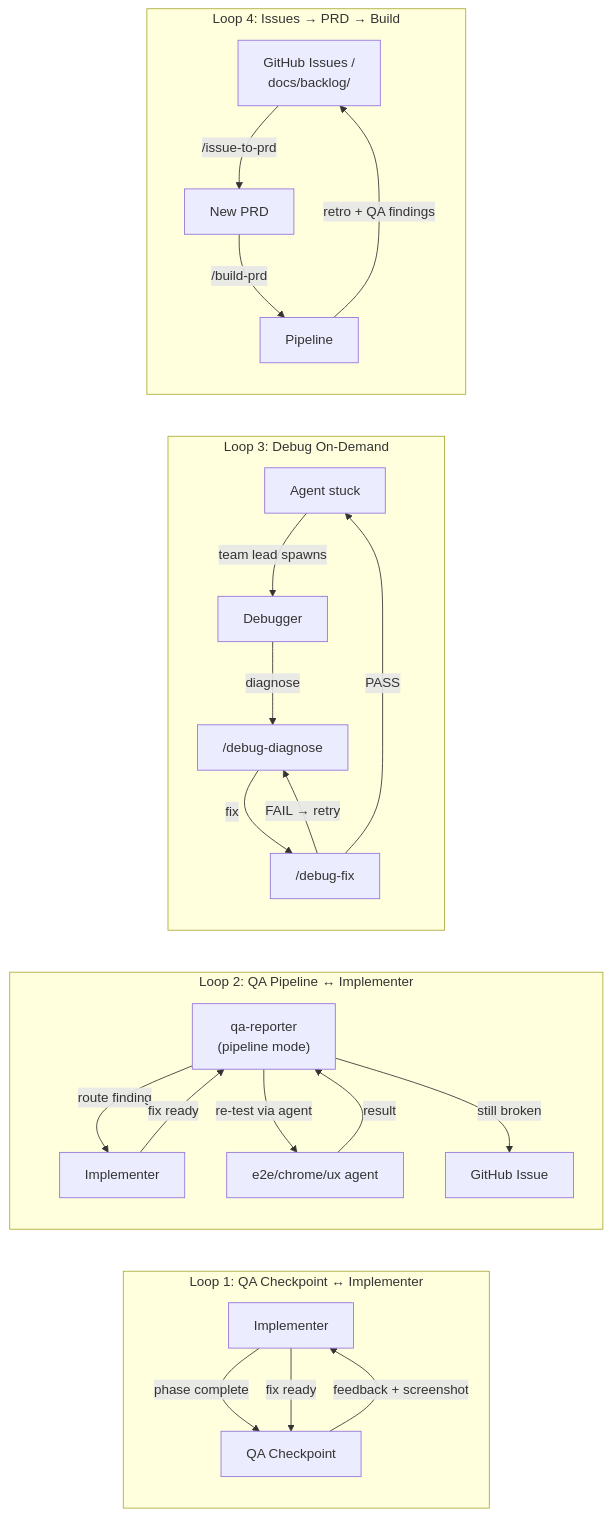
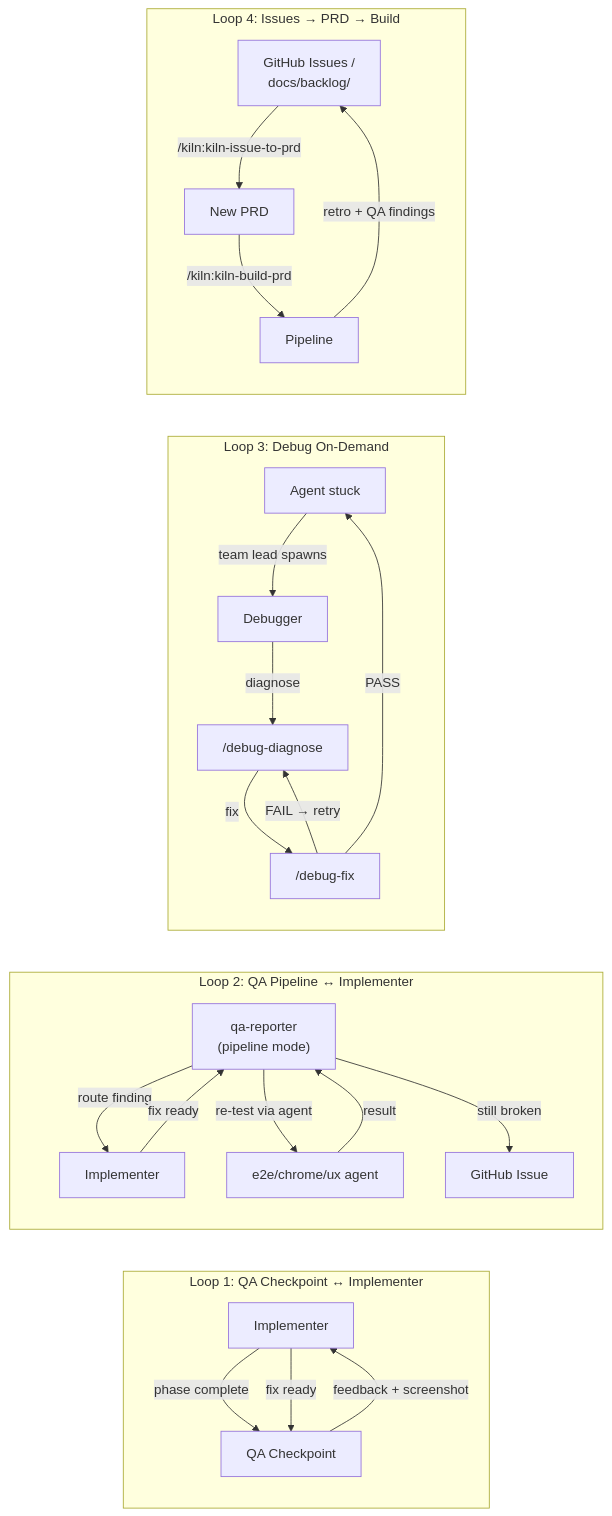
The second of 4 diagrams in docs/architecture.md (yoshisada/ai-repo-template), drawn with Mermaid before and after one commit. The commit also changed other lines of this file and 206 other files, not shown here.

````diff
--- a/docs/architecture.md
+++ b/docs/architecture.md
@@ -244,30 +244,30 @@
 ```mermaid
 flowchart LR
     subgraph Loop1["Loop 1: QA Checkpoint ↔ Implementer"]
         implA["Implementer"] -->|"phase complete"| qaC["QA Checkpoint"]
         qaC -->|"feedback + screenshot"| implA
         implA -->|"fix ready"| qaC
     end
 
     subgraph Loop2["Loop 2: QA Pipeline ↔ Implementer"]
         qaR["qa-reporter<br/>(pipeline mode)"] -->|"route finding"| implB["Implementer"]
         implB -->|"fix ready"| qaR
         qaR -->|"re-test via agent"| retest["e2e/chrome/ux agent"]
         retest -->|"result"| qaR
         qaR -->|"still broken"| ghIssue["GitHub Issue"]
     end
 
     subgraph Loop3["Loop 3: Debug On-Demand"]
         stuck["Agent stuck"] -->|"team lead spawns"| dbg["Debugger"]
         dbg -->|"diagnose"| diag["/debug-diagnose"]
         diag -->|"fix"| fix["/debug-fix"]
         fix -->|"FAIL → retry"| diag
         fix -->|"PASS"| stuck
     end
 
     subgraph Loop4["Loop 4: Issues → PRD → Build"]
-        issues["GitHub Issues /<br/>docs/backlog/"] -->|"/issue-to-prd"| newPrd["New PRD"]
-        newPrd -->|"/build-prd"| pipeline["Pipeline"]
+        issues["GitHub Issues /<br/>docs/backlog/"] -->|"/kiln:kiln-issue-to-prd"| newPrd["New PRD"]
+        newPrd -->|"/kiln:kiln-build-prd"| pipeline["Pipeline"]
         pipeline -->|"retro + QA findings"| issues
     end
 ```
````
